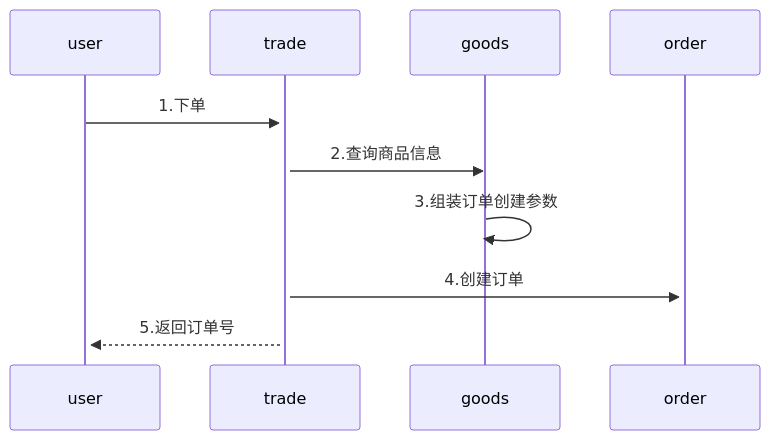
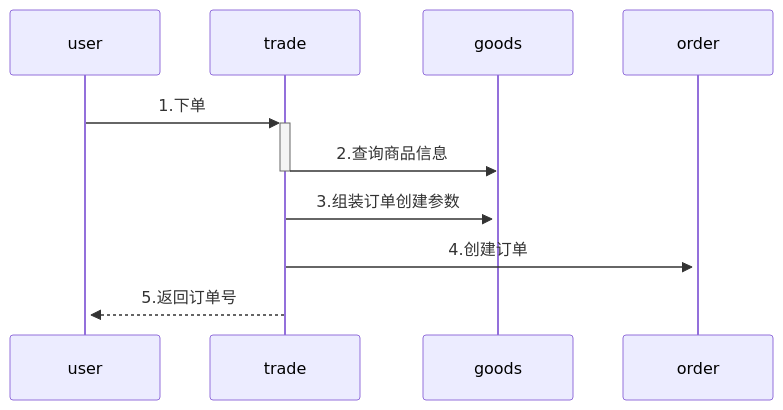
One commit to yingjianzh/iodraw-files changed the diagram in all/未命名-6.md. Above: the diagram before and after it, drawn with Mermaid.

Commit message:
2024-08-19 15:10:36 update

````diff
--- a/all/未命名-6.md
+++ b/all/未命名-6.md
@@ -1,8 +1,8 @@
 ```mermaid
 sequenceDiagram
     user->>+trade: 1.下单
-    trade->>goods: 2.查询商品信息
-    goods->>+goods: 3.组装订单创建参数
+    trade->>-goods: 2.查询商品信息
+    trade->>+goods: 3.组装订单创建参数
     trade->>+order: 4.创建订单
     trade-->>+user: 5.返回订单号
 ```
````
